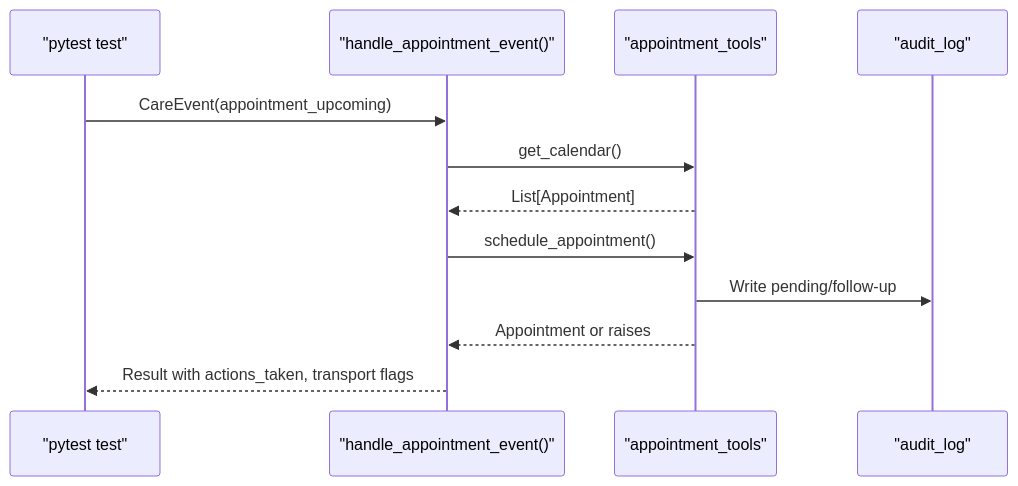
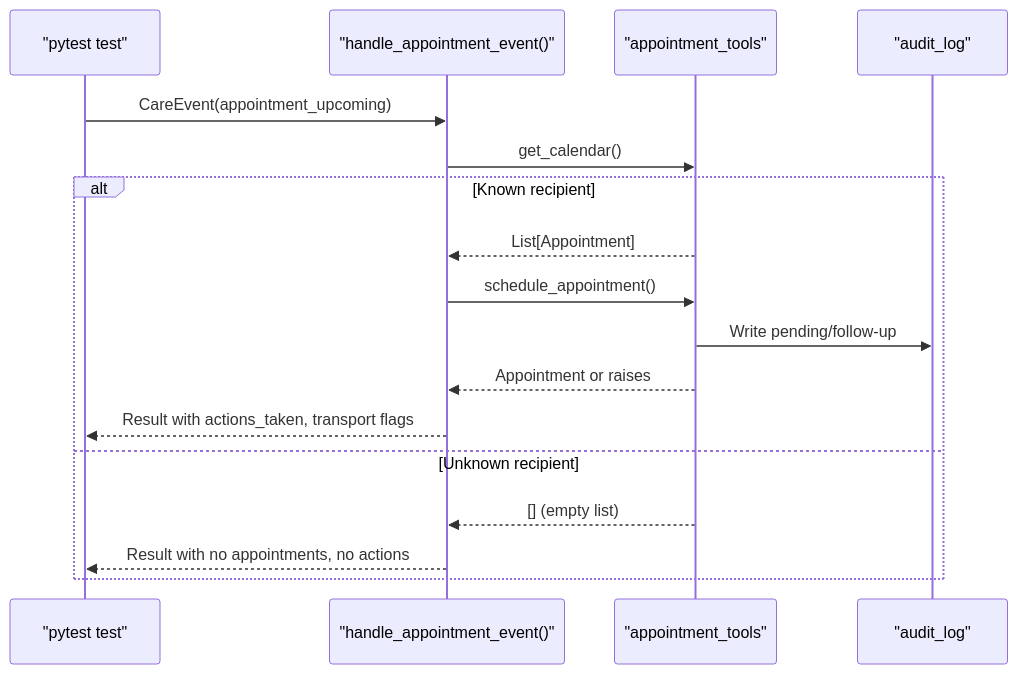
One commit to infamous-rebel/CareBridge changed the fourth of 8 diagrams in .qoder/repowiki/en/content/Testing Strategy/Unit Testing.md. Above: the diagram before and after it, drawn with Mermaid. The commit also changed other lines of this file and 6 other files, not shown here.

````diff
--- a/.qoder/repowiki/en/content/Testing Strategy/Unit Testing.md
+++ b/.qoder/repowiki/en/content/Testing Strategy/Unit Testing.md
@@ -200,14 +222,19 @@
 ```mermaid
 sequenceDiagram
 participant Test as "pytest test"
 participant Agent as "handle_appointment_event()"
 participant Tools as "appointment_tools"
 participant Audit as "audit_log"
 Test->>Agent : CareEvent(appointment_upcoming)
 Agent->>Tools : get_calendar()
+alt Known recipient
 Tools-->>Agent : List[Appointment]
 Agent->>Tools : schedule_appointment()
 Tools->>Audit : Write pending/follow-up
 Tools-->>Agent : Appointment or raises
 Agent-->>Test : Result with actions_taken, transport flags
+else Unknown recipient
+Tools-->>Agent : [] (empty list)
+Agent-->>Test : Result with no appointments, no actions
+end
 ```
````
